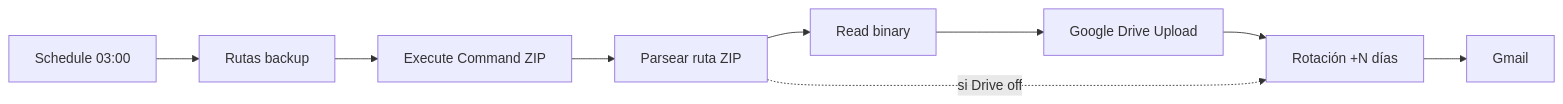
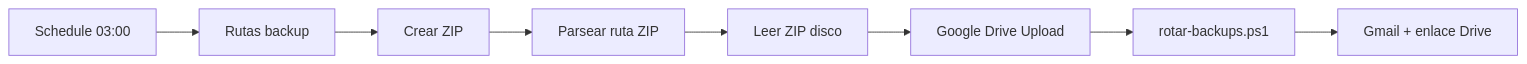
The fourth of 7 diagrams in documentacion-workflows-sistemas.md (gracobjo/n8n), drawn with Mermaid before and after one commit. The commit also changed other lines of this file and 3 other files, not shown here.

First line of the commit message:
docs: wire Drive into backup flow and fix rotation via ps1

````diff
--- a/documentacion-workflows-sistemas.md
+++ b/documentacion-workflows-sistemas.md
@@ -239,11 +250,10 @@
 ```mermaid
 flowchart LR
   S[Schedule 03:00] --> R[Rutas backup]
-  R --> Z[Execute Command ZIP]
+  R --> Z[Crear ZIP]
   Z --> P[Parsear ruta ZIP]
-  P --> RD[Read binary]
+  P --> RD[Leer ZIP disco]
   RD --> DR[Google Drive Upload]
-  DR --> ROT[Rotación +N días]
-  P -.->|si Drive off| ROT
-  ROT --> G[Gmail]
+  DR --> ROT[rotar-backups.ps1]
+  ROT --> G[Gmail + enlace Drive]
 ```
````
